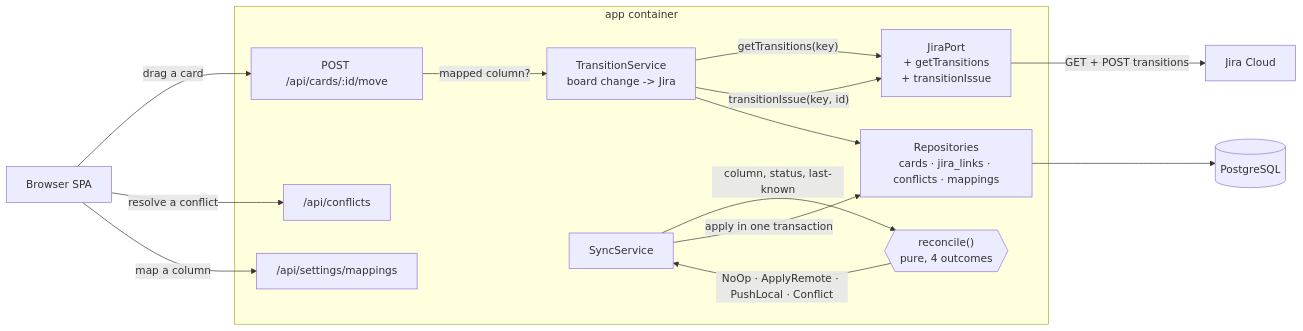
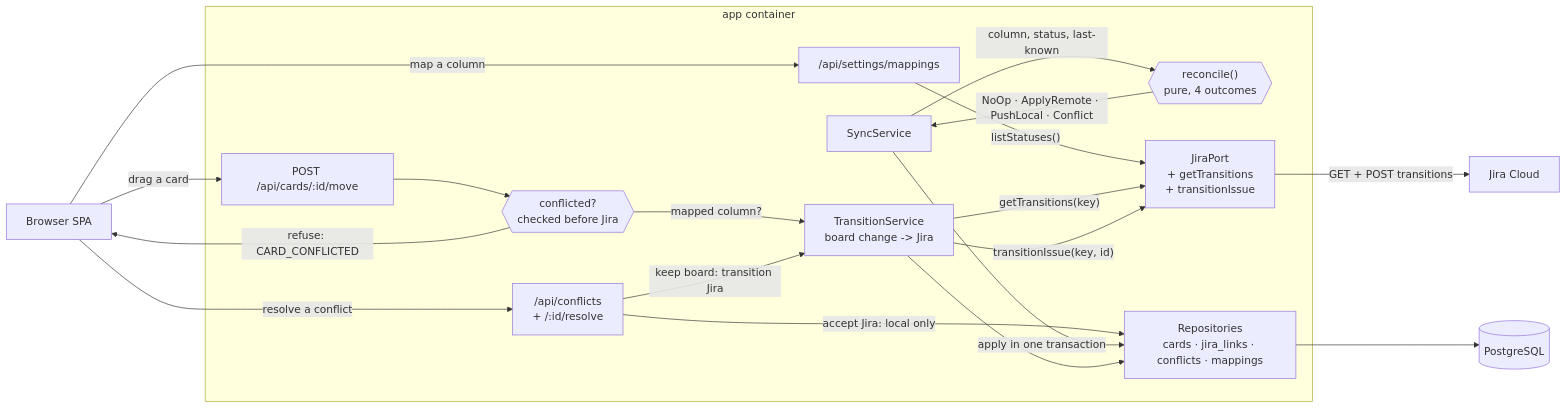
One commit to wedelthomas/quickKanban changed the first of 2 diagrams in specs/003-two-way-sync/plan.md. Above: the diagram before and after it, drawn with Mermaid. The commit also changed other lines of this file and 8 other files, not shown here.

````diff
--- a/specs/003-two-way-sync/plan.md
+++ b/specs/003-two-way-sync/plan.md
@@ -111,29 +111,35 @@
 ```mermaid
 flowchart LR
   Browser["Browser SPA"]
   subgraph app["app container"]
     MoveRoute["POST /api/cards/:id/move"]
-    ConflictRoute["/api/conflicts"]
+    Freeze{{"conflicted?<br/>checked before Jira"}}
+    ConflictRoute["/api/conflicts<br/>+ /:id/resolve"]
     MapRoute["/api/settings/mappings"]
     Push["TransitionService<br/>board change -> Jira"]
     Sync["SyncService"]
     Rec{{"reconcile()<br/>pure, 4 outcomes"}}
     Port["JiraPort<br/>+ getTransitions<br/>+ transitionIssue"]
     Store["Repositories<br/>cards · jira_links · conflicts · mappings"]
   end
   DB[("PostgreSQL")]
   Jira["Jira Cloud"]
 
   Browser -->|"drag a card"| MoveRoute
   Browser -->|"resolve a conflict"| ConflictRoute
   Browser -->|"map a column"| MapRoute
-  MoveRoute -->|"mapped column?"| Push
+  MoveRoute --> Freeze
+  Freeze -->|"refuse: CARD_CONFLICTED"| Browser
+  Freeze -->|"mapped column?"| Push
+  ConflictRoute -->|"keep board: transition Jira"| Push
+  ConflictRoute -->|"accept Jira: local only"| Store
+  MapRoute -->|"listStatuses()"| Port
   Push -->|"getTransitions(key)"| Port
   Push -->|"transitionIssue(key, id)"| Port
   Port -->|"GET + POST transitions"| Jira
   Sync -->|"column, status, last-known"| Rec
   Rec -->|"NoOp · ApplyRemote · PushLocal · Conflict"| Sync
   Sync -->|"apply in one transaction"| Store
   Push --> Store
   Store --> DB
 ```
````
